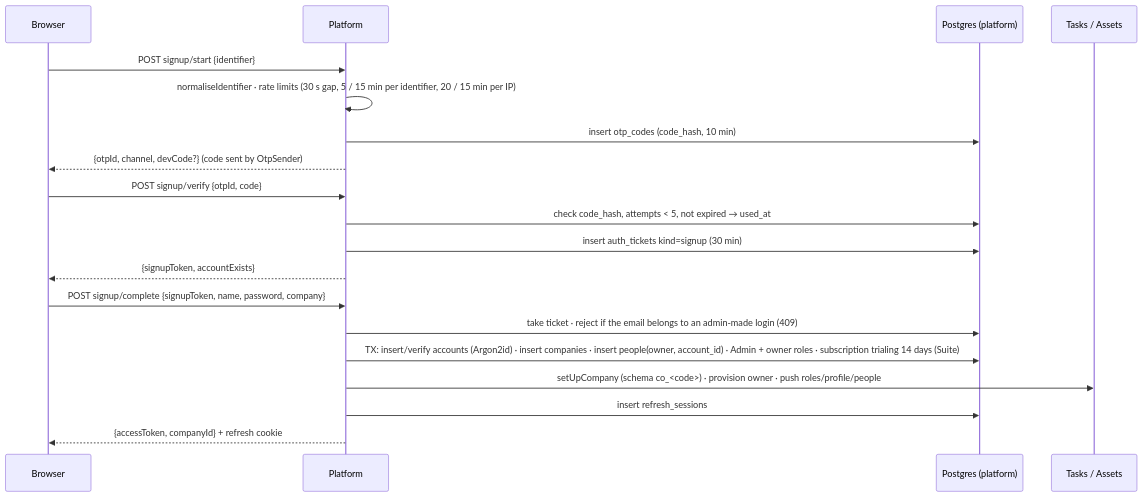
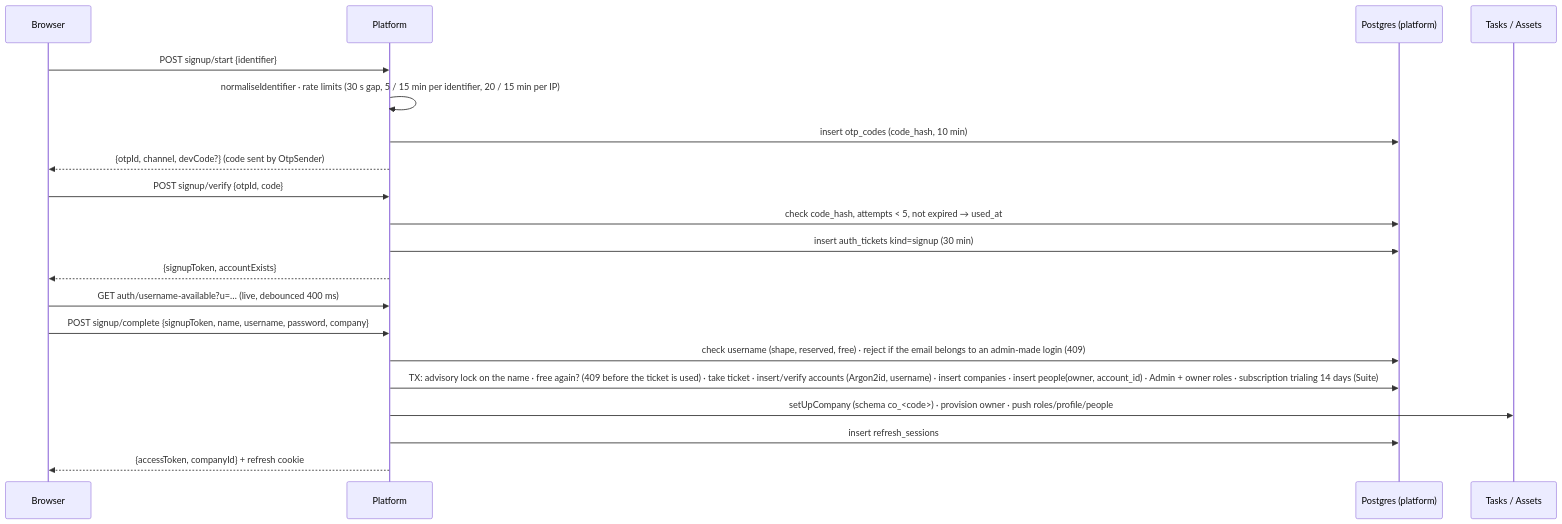
One commit to interns-arch/freefounders changed the second of 3 diagrams in docs/LLD-registration-login.md. Above: the diagram before and after it, drawn with Mermaid. The commit also changed other lines of this file and 28 other files, not shown here.

Commit message:
Usernames for signed-up accounts: live 'already taken' check, unique across accounts/logins/employee IDs, sign-in by username, change on /account, sign-in hint

````diff
--- a/docs/LLD-registration-login.md
+++ b/docs/LLD-registration-login.md
@@ -92,21 +95,22 @@
 ```mermaid
 sequenceDiagram
   participant U as Browser
   participant P as Platform
   participant DB as Postgres (platform)
   participant A as Tasks / Assets
   U->>P: POST signup/start {identifier}
   P->>P: normaliseIdentifier · rate limits (30 s gap, 5 / 15 min per identifier, 20 / 15 min per IP)
   P->>DB: insert otp_codes (code_hash, 10 min)
   P-->>U: {otpId, channel, devCode?}  (code sent by OtpSender)
   U->>P: POST signup/verify {otpId, code}
   P->>DB: check code_hash, attempts < 5, not expired → used_at
   P->>DB: insert auth_tickets kind=signup (30 min)
   P-->>U: {signupToken, accountExists}
-  U->>P: POST signup/complete {signupToken, name, password, company}
-  P->>DB: take ticket · reject if the email belongs to an admin-made login (409)
-  P->>DB: TX: insert/verify accounts (Argon2id) · insert companies · insert people(owner, account_id) · Admin + owner roles · subscription trialing 14 days (Suite)
+  U->>P: GET auth/username-available?u=… (live, debounced 400 ms)
+  U->>P: POST signup/complete {signupToken, name, username, password, company}
+  P->>DB: check username (shape, reserved, free) · reject if the email belongs to an admin-made login (409)
+  P->>DB: TX: advisory lock on the name · free again? (409 before the ticket is used) · take ticket · insert/verify accounts (Argon2id, username) · insert companies · insert people(owner, account_id) · Admin + owner roles · subscription trialing 14 days (Suite)
   P->>A: setUpCompany (schema co_<code>) · provision owner · push roles/profile/people
   P->>DB: insert refresh_sessions
   P-->>U: {accessToken, companyId} + refresh cookie
 ```
````
